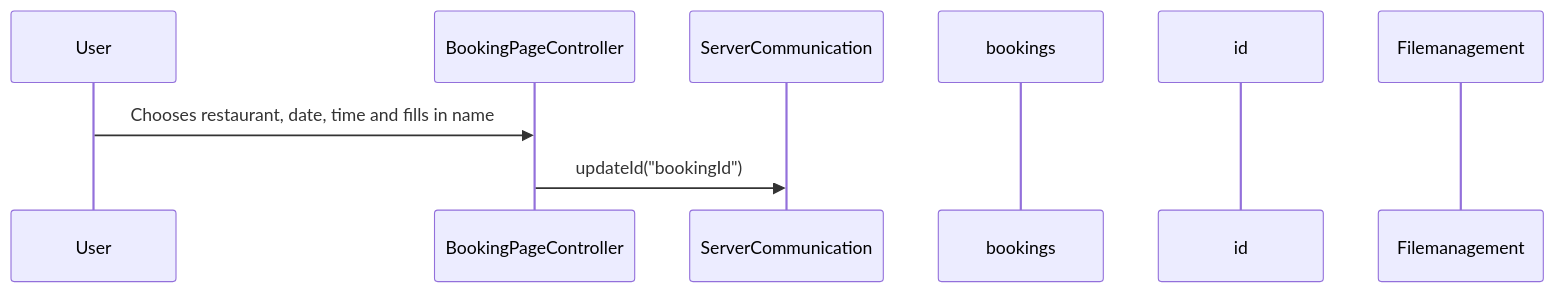
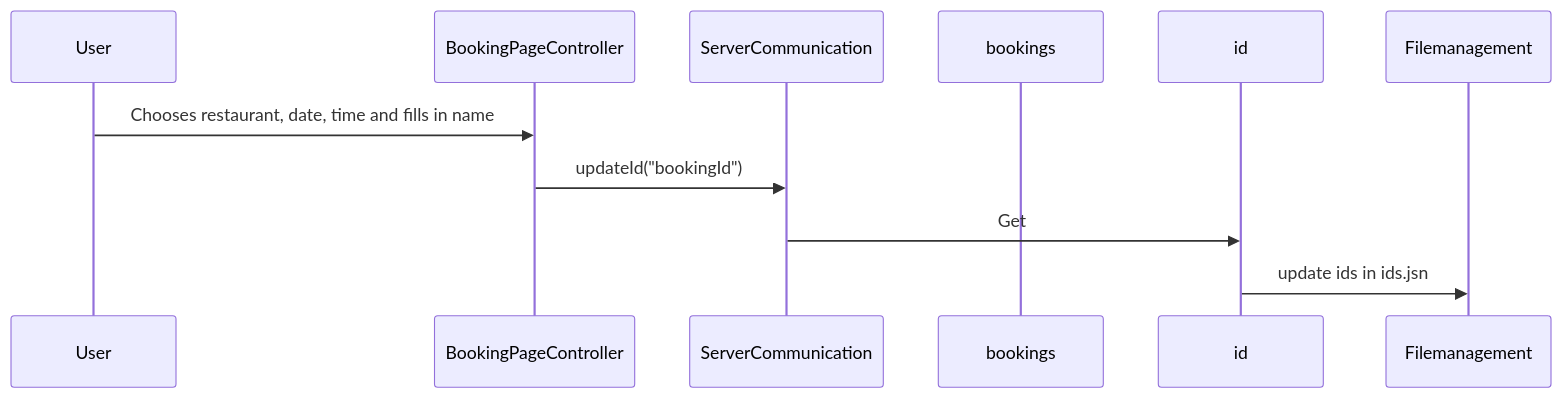
Before and after one commit to marsun02/IT1901_Booking_Manager: the diagram in Sequence-diagram.md, drawn with Mermaid.

Commit message:
docs: :white_check_mark: Added draft to functions from ServerCommunication to Filemanagement #197

````diff
--- a/Sequence-diagram.md
+++ b/Sequence-diagram.md
@@ -1,13 +1,16 @@
 ```mermaid 
 
 sequenceDiagram
     participant User
     participant BookingPageController
     participant ServerCommunication
     participant bookings
     participant id
     participant Filemanagement
 
     User->>BookingPageController: Chooses restaurant, date, time and fills in name
     BookingPageController->>ServerCommunication: updateId("bookingId")
+    ServerCommunication->>id:Get
+    id->>Filemanagement: update ids in ids.jsn
+    
 ```
````
